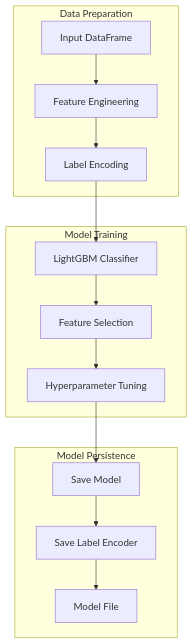
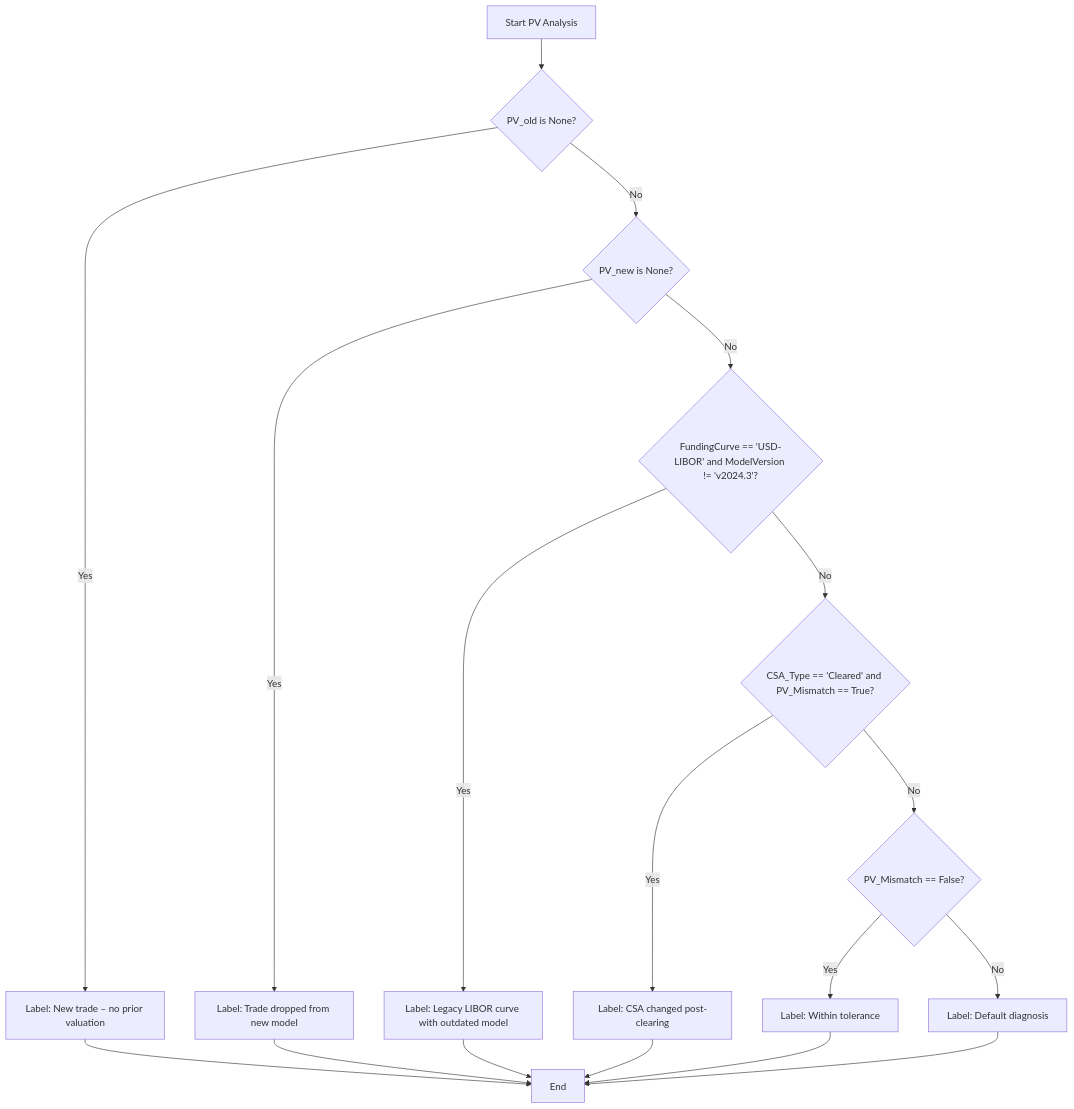
Before and after one commit to ksmadhavareddy/recon-ai: the ninth of 30 diagrams in docs/DIAGRAMS.md, drawn with Mermaid. The commit also changed other lines of this file and 14 other files, not shown here.

````diff
--- a/docs/DIAGRAMS.md
+++ b/docs/DIAGRAMS.md
@@ -191,29 +265,21 @@
 ```mermaid
 graph TD
-    subgraph "Data Preparation"
-        A[Input DataFrame]
-        B[Feature Engineering]
-        C[Label Encoding]
-    end
+    A[Start PV Analysis] --> B{PV_old is None?}
+    B -->|Yes| C[Label: New trade – no prior valuation]
+    B -->|No| D{PV_new is None?}
+    D -->|Yes| E[Label: Trade dropped from new model]
+    D -->|No| F{FundingCurve == 'USD-LIBOR' and ModelVersion != 'v2024.3'?}
+    F -->|Yes| G[Label: Legacy LIBOR curve with outdated model]
+    F -->|No| H{CSA_Type == 'Cleared' and PV_Mismatch == True?}
+    H -->|Yes| I[Label: CSA changed post-clearing]
+    H -->|No| J{PV_Mismatch == False?}
+    J -->|Yes| K[Label: Within tolerance]
+    J -->|No| L[Label: Default diagnosis]
     
-    subgraph "Model Training"
-        D[LightGBM Classifier]
-        E[Feature Selection]
-        F[Hyperparameter Tuning]
-    end
-    
-    subgraph "Model Persistence"
-        G[Save Model]
-        H[Save Label Encoder]
-        I[Model File]
-    end
-    
-    A --> B
-    B --> C
-    C --> D
-    D --> E
-    E --> F
-    F --> G
-    G --> H
-    H --> I
+    C --> M[End]
+    E --> M
+    G --> M
+    I --> M
+    K --> M
+    L --> M
 ```
````
